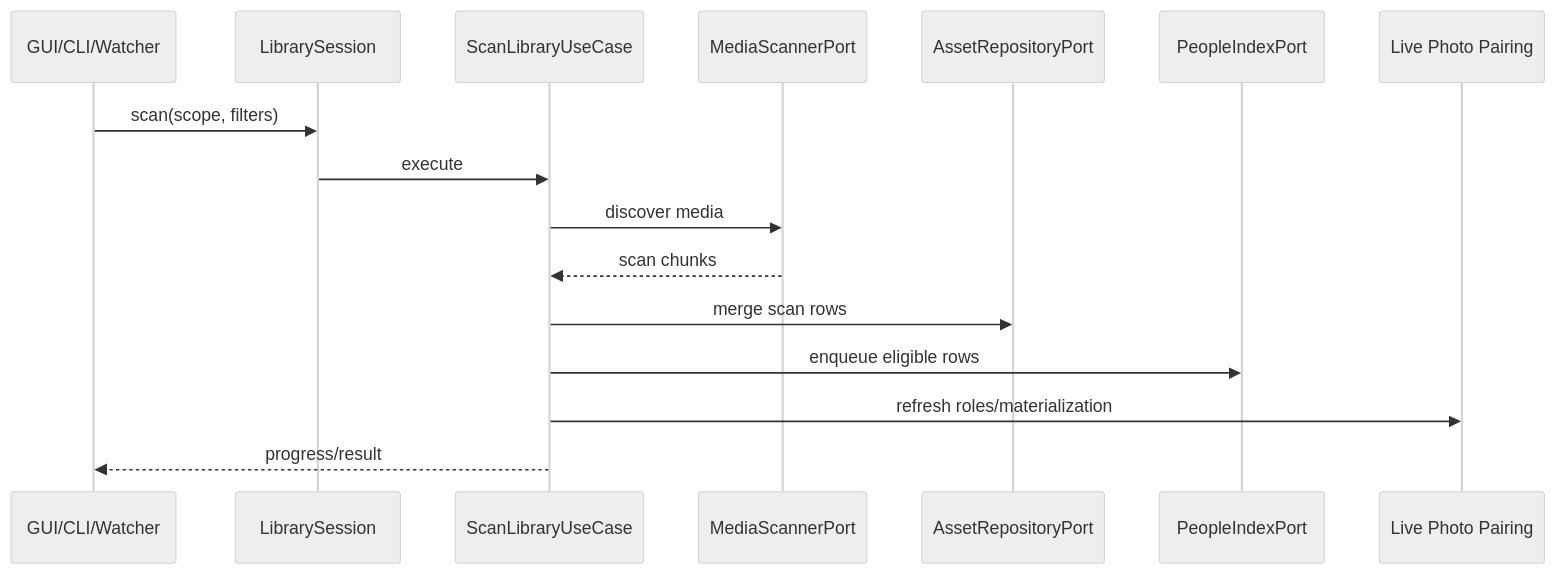
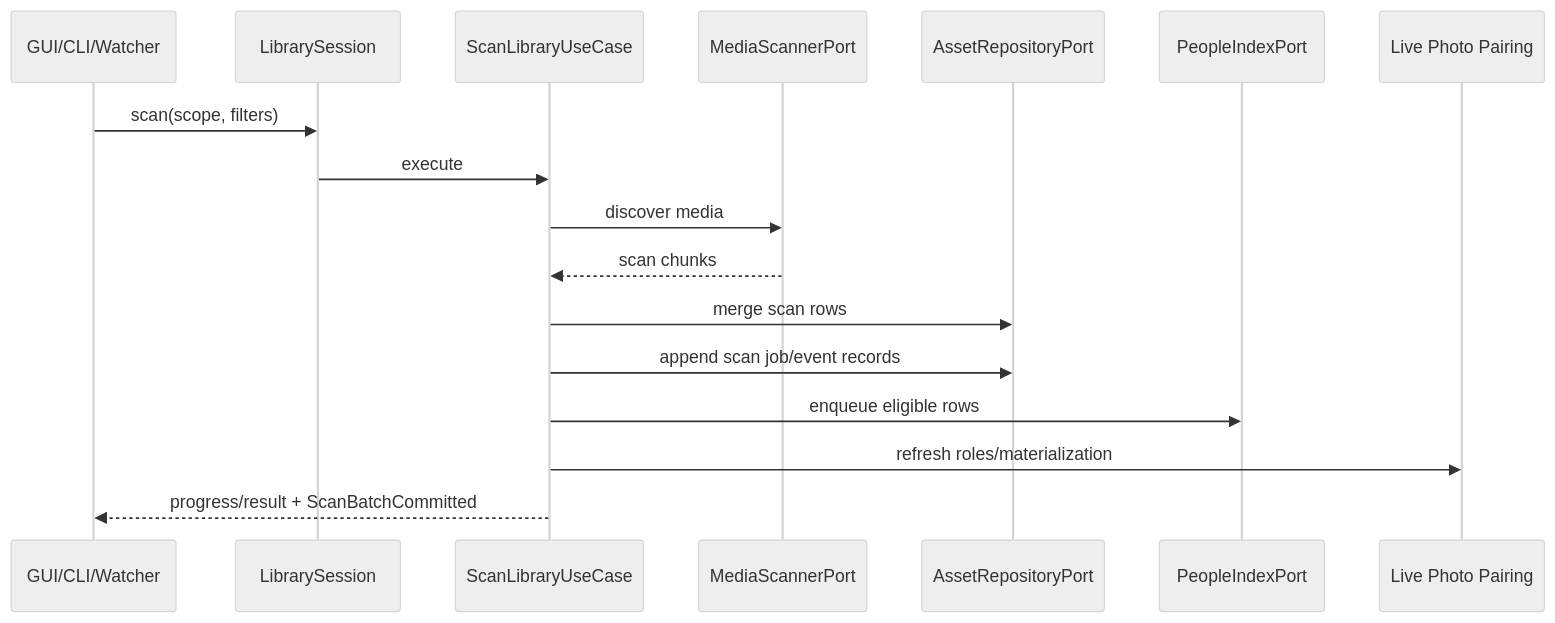
The fourth of 6 diagrams in docs/architecture.md (halft0n/iPhotron-LocalPhotoAlbumManager), drawn with Mermaid (neutral theme) before and after one commit. The commit also changed other lines of this file and 46 other files, not shown here.

````diff
--- a/docs/architecture.md
+++ b/docs/architecture.md
@@ -297,19 +320,20 @@
 ```mermaid
 sequenceDiagram
     participant Trigger as GUI/CLI/Watcher
     participant Session as LibrarySession
     participant Scan as ScanLibraryUseCase
     participant Scanner as MediaScannerPort
     participant Repo as AssetRepositoryPort
     participant People as PeopleIndexPort
     participant Pairing as Live Photo Pairing
 
     Trigger->>Session: scan(scope, filters)
     Session->>Scan: execute
     Scan->>Scanner: discover media
     Scanner-->>Scan: scan chunks
     Scan->>Repo: merge scan rows
+    Scan->>Repo: append scan job/event records
     Scan->>People: enqueue eligible rows
     Scan->>Pairing: refresh roles/materialization
-    Scan-->>Trigger: progress/result
+    Scan-->>Trigger: progress/result + ScanBatchCommitted
 ```
````
